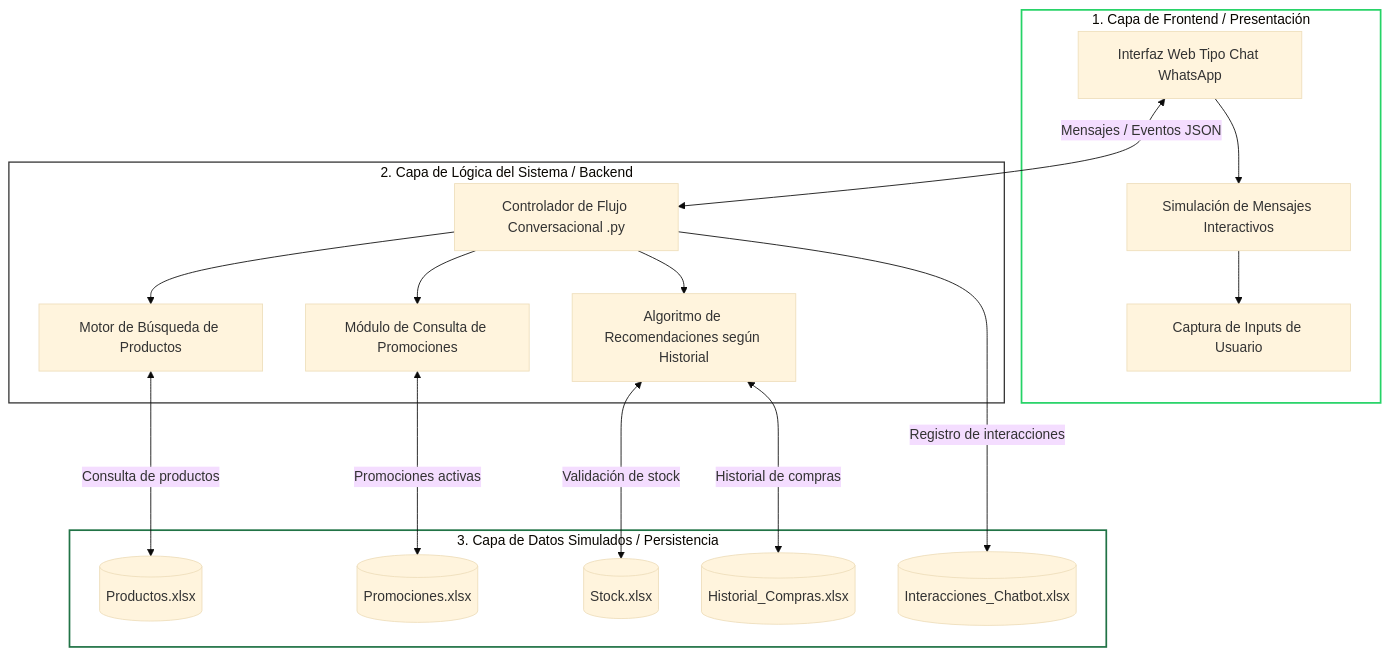
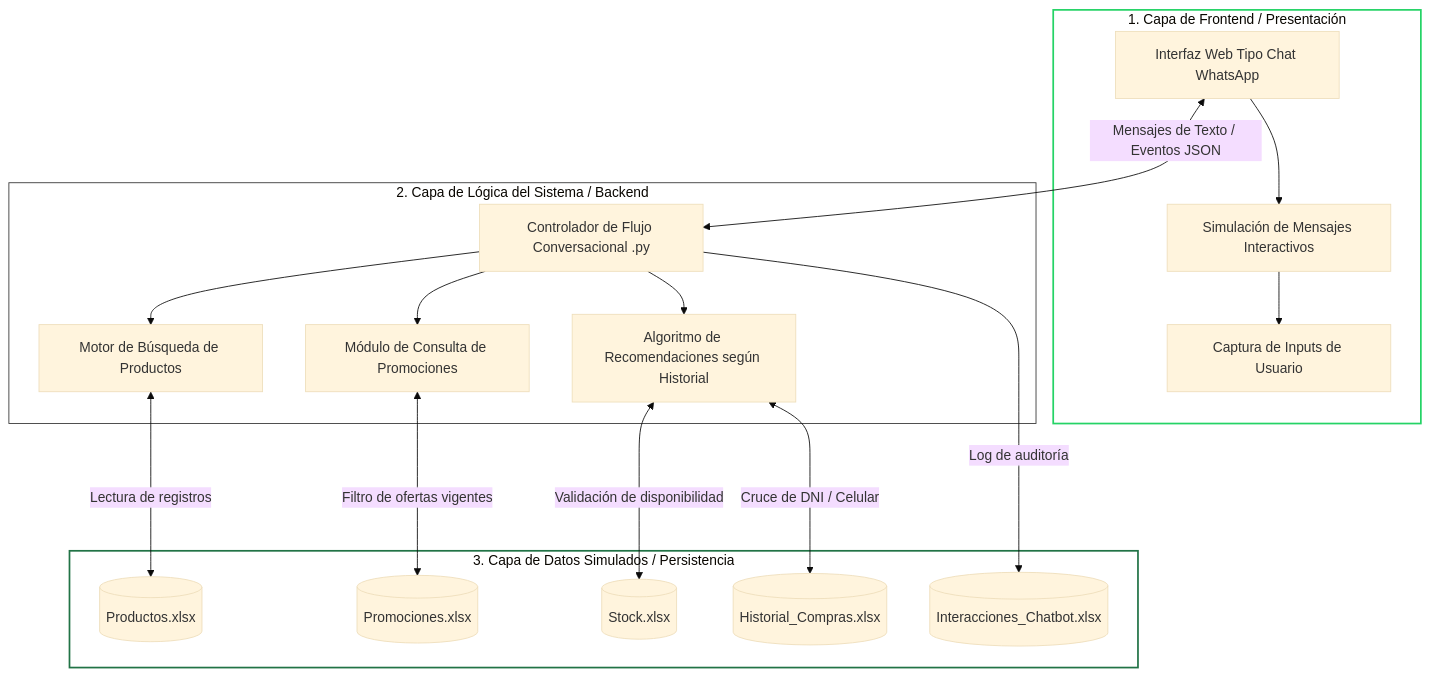
Before and after one commit to JH-Compan/Tambo-IA-Shopping-Assistant: the first of 2 diagrams in docs/arquitectura/arquitectura-base.md, drawn with Mermaid (base theme). The commit also changed other lines of this file, not shown here.

````diff
--- a/docs/arquitectura/arquitectura-base.md
+++ b/docs/arquitectura/arquitectura-base.md
@@ -21,34 +108,34 @@
 ```mermaid
 graph TD
     subgraph Capa_Presentacion [1. Capa de Frontend / Presentación]
         A[Interfaz Web Tipo Chat WhatsApp] --> B[Simulación de Mensajes Interactivos]
         B --> C[Captura de Inputs de Usuario]
     end
 
     subgraph Capa_Logica [2. Capa de Lógica del Sistema / Backend]
         D[Controlador de Flujo Conversacional .py] --> E[Motor de Búsqueda de Productos]
         D --> F[Módulo de Consulta de Promociones]
         D --> G[Algoritmo de Recomendaciones según Historial]
     end
 
     subgraph Capa_Datos [3. Capa de Datos Simulados / Persistencia]
         H[(Productos.xlsx)]
         I[(Promociones.xlsx)]
         J[(Stock.xlsx)]
         K[(Historial_Compras.xlsx)]
         L[(Interacciones_Chatbot.xlsx)]
     end
 
-    %% Relaciones
-    A <-->|Mensajes / Eventos JSON| D
-    E <--->|Consulta de productos| H
-    F <--->|Promociones activas| I
-    G <--->|Historial de compras| K
-    G <--->|Validación de stock| J
-    D --->|Registro de interacciones| L
+    %% Conexiones e intercambio de información
+    A <-->|Mensajes de Texto / Eventos JSON| D
+    E <--->|Lectura de registros| H
+    F <--->|Filtro de ofertas vigentes| I
+    G <--->|Cruce de DNI / Celular| K
+    G <--->|Validación de disponibilidad| J
+    D --->|Log de auditoría| L
 
-    %% Estilos
+    %% Estilos de las cajas
     style Capa_Presentacion fill:#ffffff,stroke:#25D366,stroke-width:2px
-    style Capa_Logica fill:#ffffff,stroke:#333333,stroke-width:1.5px
+    style Capa_Logica fill:#ffffff,stroke:#333333,stroke-width:1px
     style Capa_Datos fill:#ffffff,stroke:#217346,stroke-width:2px
 ```
````
